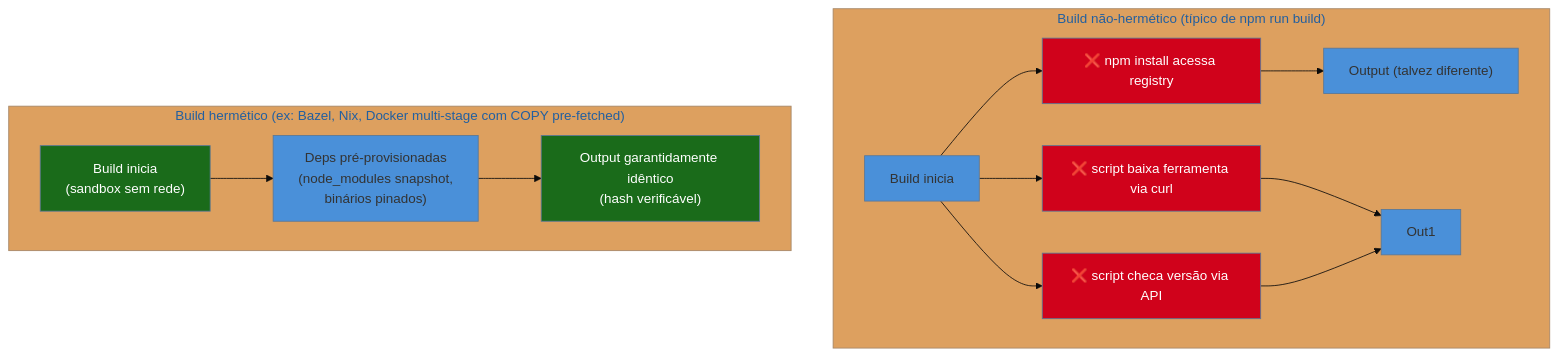
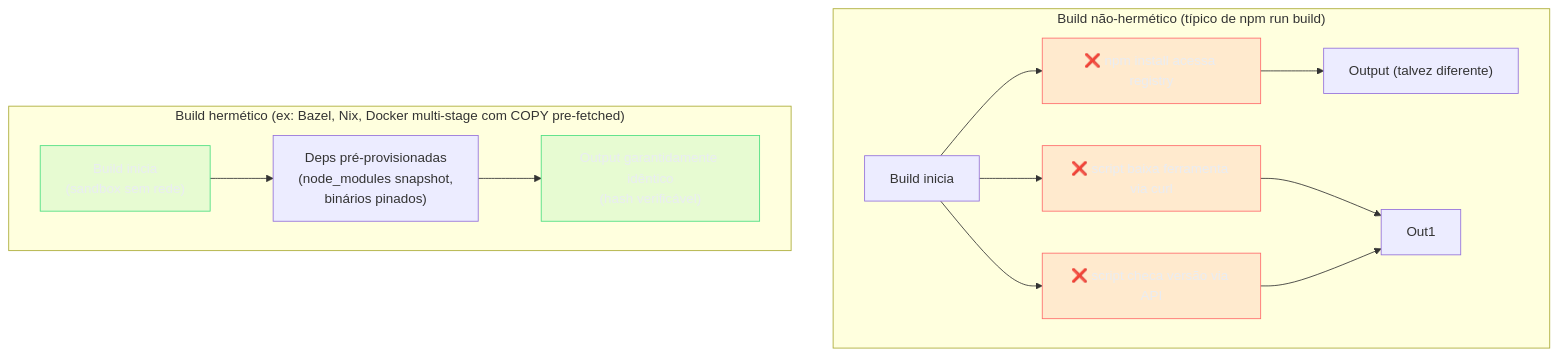
The fourth of 5 diagrams in 03-Dominios/Tecnologia/Tooling e Build/23 - Build em produção, CI e determinismo.md (josenaldo/codex-technomanticus), drawn with Mermaid before and after one commit. The commit also changed other lines of this file and 1181 other files, not shown here.

First line of the commit message:
fix(diagramas): paleta do sistema no lugar de cor cravada no markdown

````diff
--- a/03-Dominios/Tecnologia/Tooling e Build/23 - Build em produção, CI e determinismo.md
+++ b/03-Dominios/Tecnologia/Tooling e Build/23 - Build em produção, CI e determinismo.md
@@ -448,23 +449,24 @@
 ```mermaid
-%%{init: {"theme": "base", "themeVariables": {"primaryColor": "#4A90D9"}}}%%
 graph TD
+    classDef falha fill:#FF6B6B24,stroke:#FF6B6B,color:#E9ECF2
+    classDef ok fill:#4ADE8021,stroke:#4ADE80,color:#E9ECF2
     subgraph "Build não-hermético (típico de npm run build)"
         NB["Build inicia"] --> NPM_REG["❌ npm install acessa registry"]
         NB --> CURL_TOOL["❌ script baixa ferramenta via curl"]
         NB --> API["❌ script checa versão via API"]
         NPM_REG --> OUT1["Output (talvez diferente)"]
         CURL_TOOL --> Out1
         API --> Out1
     end
 
     subgraph "Build hermético (ex: Bazel, Nix, Docker multi-stage com COPY pre-fetched)"
         HB["Build inicia\n(sandbox sem rede)"] --> PRE["Deps pré-provisionadas\n(node_modules snapshot,\nbinários pinados)"]
         PRE --> OUT2["Output garantidamente idêntico\n(hash verificável)"]
     end
 
-    style NPM_REG fill:#D0021B,color:#fff
-    style CURL_TOOL fill:#D0021B,color:#fff
-    style API fill:#D0021B,color:#fff
-    style HB fill:#1a6b1a,color:#fff
-    style OUT2 fill:#1a6b1a,color:#fff
+    class NPM_REG falha
+    class CURL_TOOL falha
+    class API falha
+    class HB ok
+    class OUT2 ok
 ```
````
